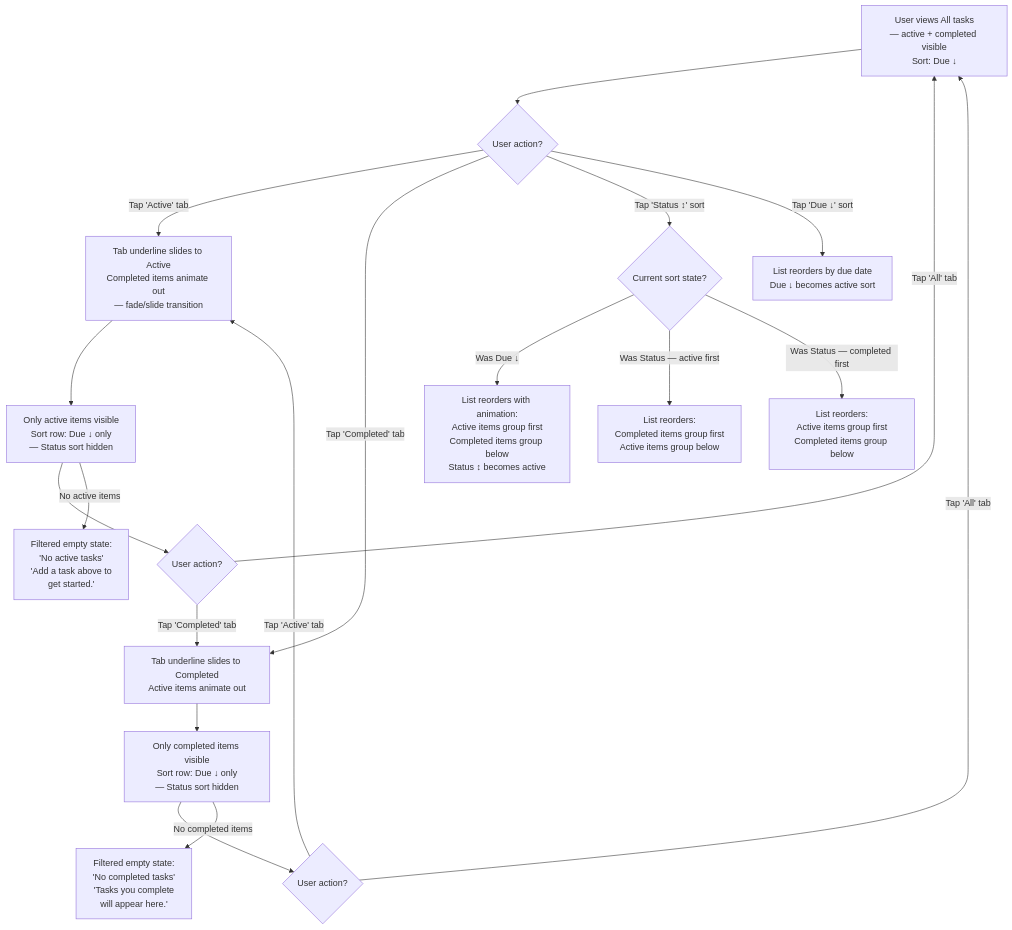
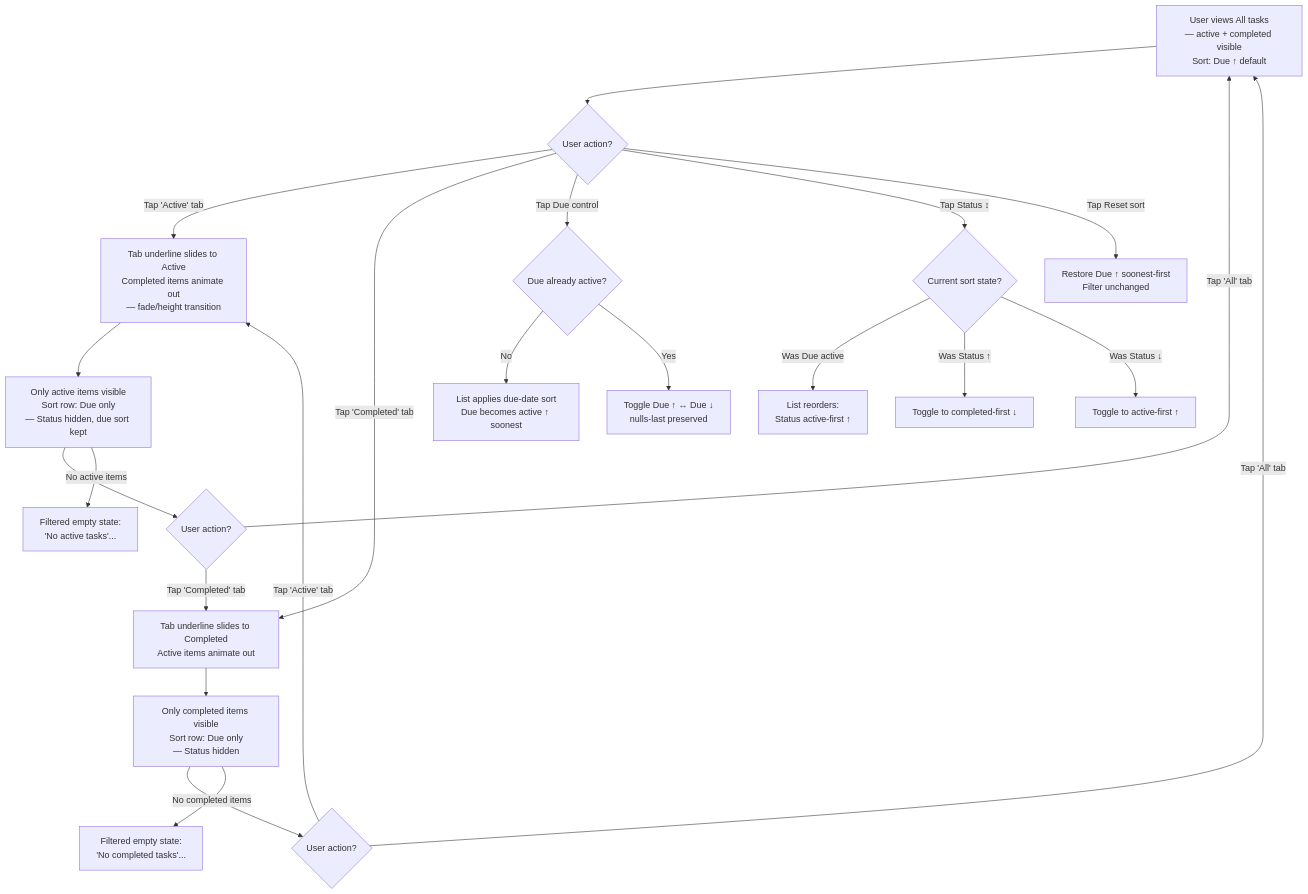
One commit to FabrizioRizzi/bmad-todo-app changed the third of 5 diagrams in _bmad-output/planning-artifacts/ux-design-specification.md. Above: the diagram before and after it, drawn with Mermaid. The commit also changed other lines of this file and 23 other files, not shown here.

Commit message:
feat(todos): add sorting functionality for todos by due date and status

````diff
--- a/_bmad-output/planning-artifacts/ux-design-specification.md
+++ b/_bmad-output/planning-artifacts/ux-design-specification.md
@@ -729,26 +729,30 @@
 ```mermaid
 flowchart TD
-    A[User views All tasks<br/>— active + completed visible<br/>Sort: Due ↓] --> B{User action?}
+    A[User views All tasks<br/>— active + completed visible<br/>Sort: Due ↑ default] --> B{User action?}
 
-    B -->|Tap 'Active' tab| C[Tab underline slides to Active<br/>Completed items animate out<br/>— fade/slide transition]
-    C --> D[Only active items visible<br/>Sort row: Due ↓ only<br/>— Status sort hidden]
+    B -->|Tap 'Active' tab| C[Tab underline slides to Active<br/>Completed items animate out<br/>— fade/height transition]
+    C --> D[Only active items visible<br/>Sort row: Due only<br/>— Status hidden, due sort kept]
     D --> E{User action?}
     E -->|Tap 'All' tab| A
     E -->|Tap 'Completed' tab| F
 
     B -->|Tap 'Completed' tab| F[Tab underline slides to Completed<br/>Active items animate out]
-    F --> G[Only completed items visible<br/>Sort row: Due ↓ only<br/>— Status sort hidden]
+    F --> G[Only completed items visible<br/>Sort row: Due only<br/>— Status hidden]
     G --> H{User action?}
     H -->|Tap 'All' tab| A
     H -->|Tap 'Active' tab| C
 
-    B -->|Tap 'Status ↕' sort| I{Current sort state?}
-    I -->|Was Due ↓| J[List reorders with animation:<br/>Active items group first<br/>Completed items group below<br/>Status ↕ becomes active]
-    I -->|Was Status — active first| K[List reorders:<br/>Completed items group first<br/>Active items group below]
-    I -->|Was Status — completed first| L[List reorders:<br/>Active items group first<br/>Completed items group below]
+    B -->|Tap Due control| M{Due already active?}
+    M -->|No| N[List applies due-date sort<br/>Due becomes active ↑ soonest]
+    M -->|Yes| O[Toggle Due ↑ ↔ Due ↓<br/>nulls-last preserved]
 
-    B -->|Tap 'Due ↓' sort| M[List reorders by due date<br/>Due ↓ becomes active sort]
+    B -->|Tap Status ↕| I{Current sort state?}
+    I -->|Was Due active| J[List reorders:<br/>Status active-first ↑]
+    I -->|Was Status ↑| K[Toggle to completed-first ↓]
+    I -->|Was Status ↓| L[Toggle to active-first ↑]
 
-    G -->|No completed items| N[Filtered empty state:<br/>'No completed tasks'<br/>'Tasks you complete<br/>will appear here.']
-    D -->|No active items| O[Filtered empty state:<br/>'No active tasks'<br/>'Add a task above to<br/>get started.']
+    B -->|Tap Reset sort| R[Restore Due ↑ soonest-first<br/>Filter unchanged]
+
+    G -->|No completed items| NS[Filtered empty state:<br/>'No completed tasks'...]
+    D -->|No active items| OA[Filtered empty state:<br/>'No active tasks'...]
 ```
````
